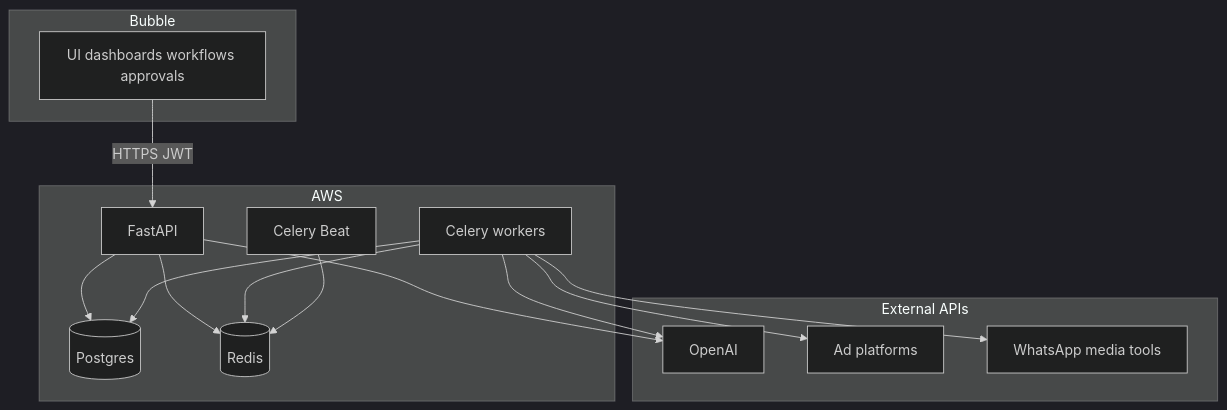
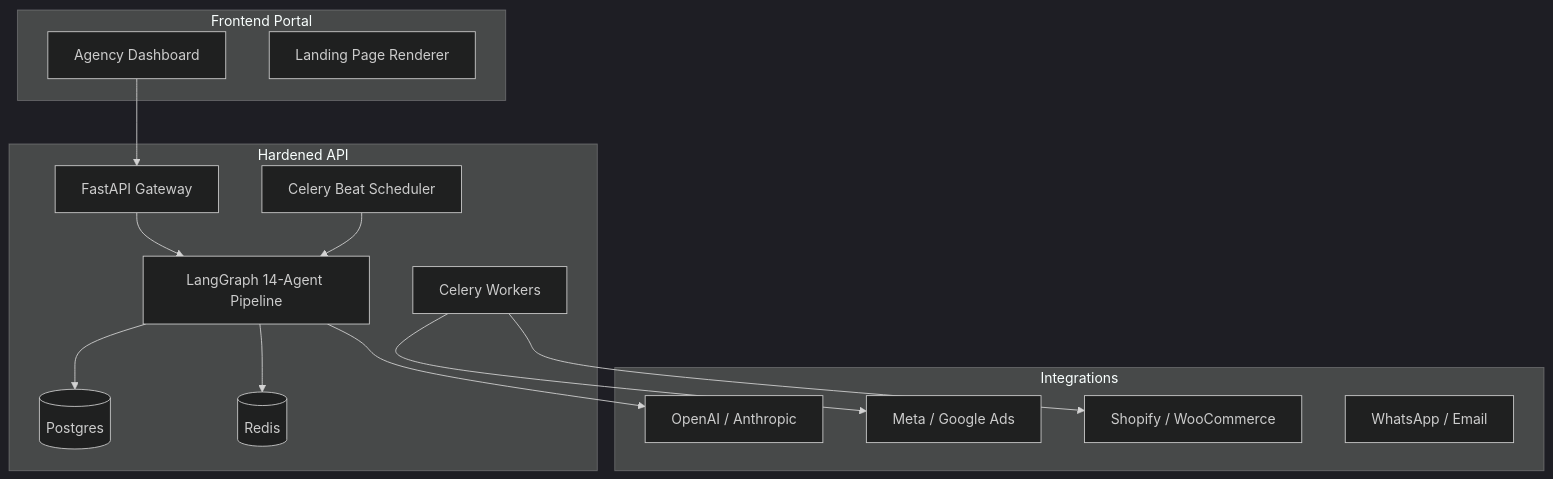
Before and after one commit to pranaya-mathur/AIMOS: the diagram in docs/PRODUCT_ARCHITECTURE.md, drawn with Mermaid (dark theme). The commit also changed other lines of this file and 57 other files, not shown here.

Commit message:
Hardened 2.0: Synchronize documentation, orchestration, and agency-ready architecture

````diff
--- a/docs/PRODUCT_ARCHITECTURE.md
+++ b/docs/PRODUCT_ARCHITECTURE.md
@@ -22,28 +18,29 @@
 ```mermaid
 flowchart TB
-  subgraph bubble [Bubble]
-    UI[UI dashboards workflows approvals]
+  subgraph frontend [Frontend Portal]
+    UI[Agency Dashboard]
+    LP[Landing Page Renderer]
   end
-  subgraph aws [AWS]
-    API[FastAPI]
-    W[Celery workers]
-    BT[Celery Beat]
+  subgraph backend [Hardened API]
+    API[FastAPI Gateway]
+    ORCH[LangGraph 14-Agent Pipeline]
+    W[Celery Workers]
+    BT[Celery Beat Scheduler]
     PG[(Postgres)]
     RD[(Redis)]
   end
-  subgraph ext [External APIs]
-    OAI[OpenAI]
-    ADS[Ad platforms]
-    WA[WhatsApp media tools]
+  subgraph ext [Integrations]
+    OAI[OpenAI / Anthropic]
+    ADS[Meta / Google Ads]
+    ECOM[Shopify / WooCommerce]
+    WA[WhatsApp / Email]
   end
-  UI -->|HTTPS JWT| API
-  API --> PG
-  API --> RD
-  W --> RD
-  W --> PG
-  BT --> RD
-  API --> OAI
-  W --> OAI
+  UI --> API
+  API --> ORCH
+  ORCH --> PG
+  ORCH --> RD
   W --> ADS
-  W --> WA
+  W --> ECOM
+  BT --> ORCH
+  ORCH --> OAI
 ```
````
